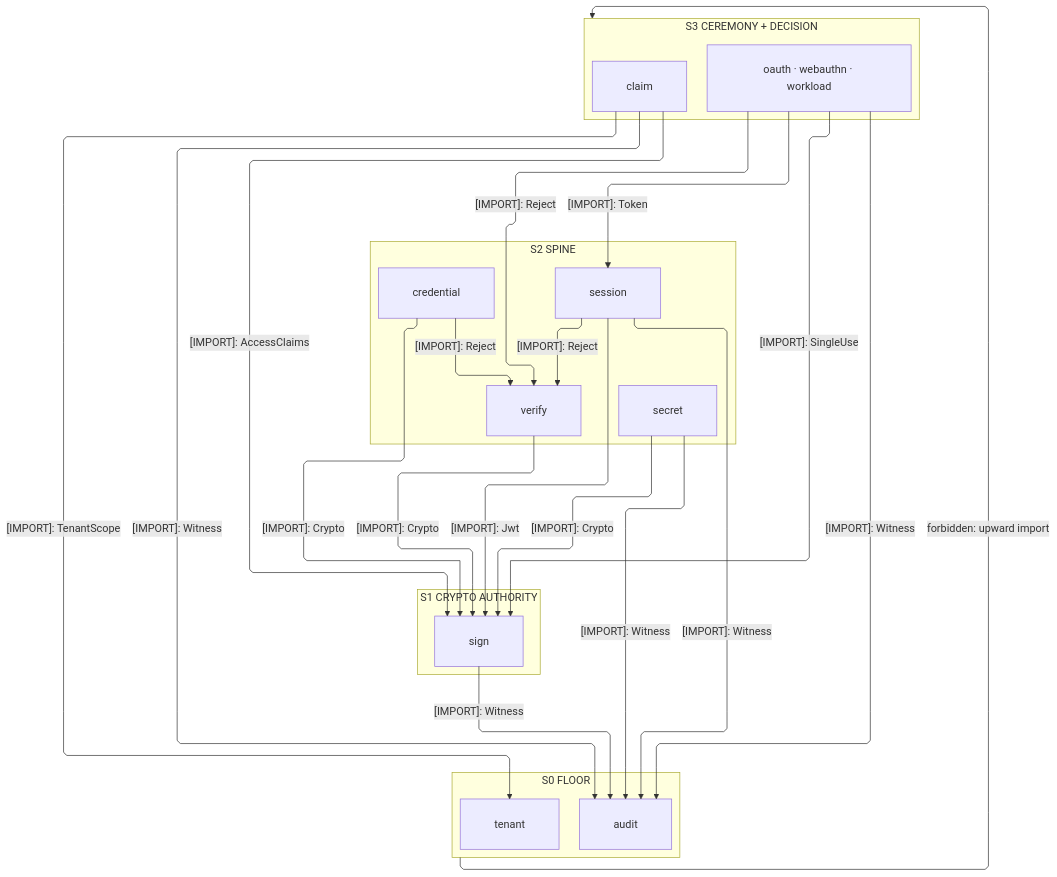
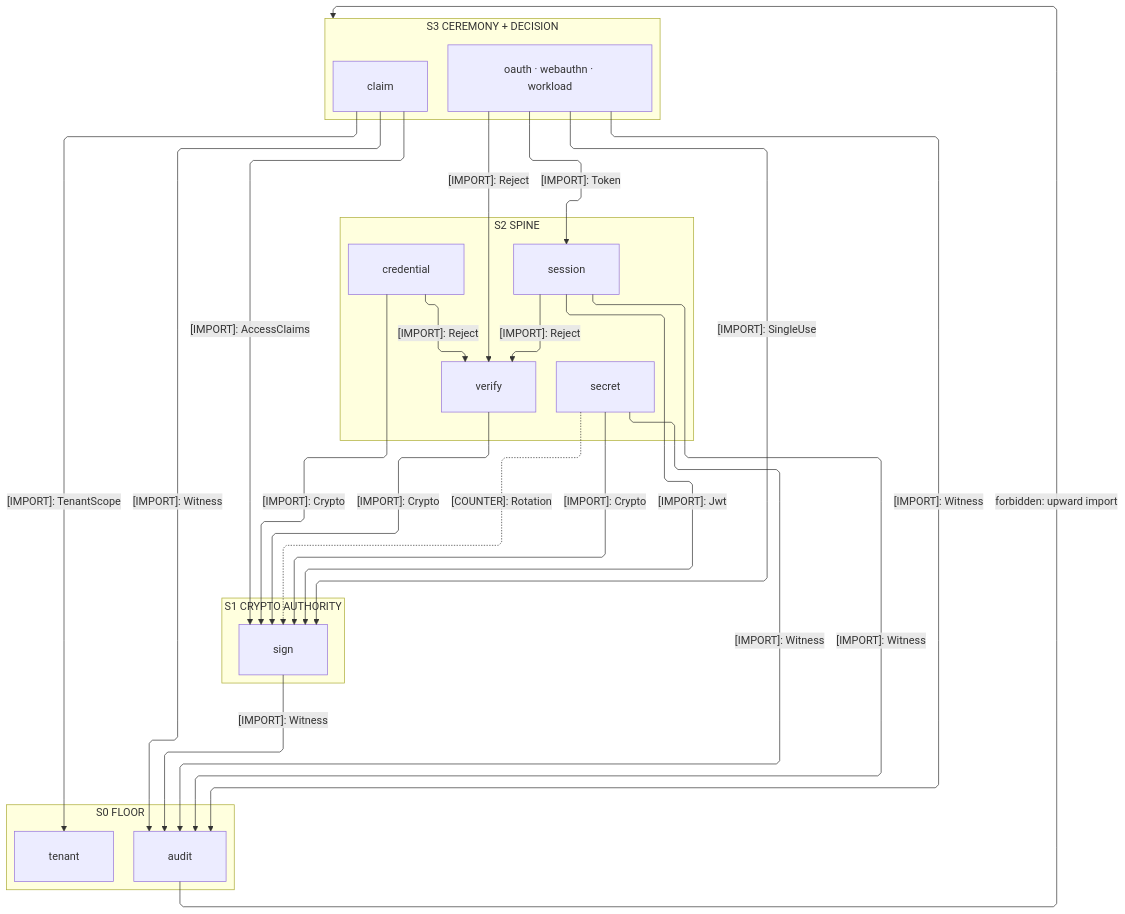
The first of 3 diagrams in libs/typescript/security/ARCHITECTURE.md (bsamiee/Rasm), drawn with Mermaid before and after one commit. The commit also changed other lines of this file and 115 other files, not shown here.

````diff
--- a/libs/typescript/security/ARCHITECTURE.md
+++ b/libs/typescript/security/ARCHITECTURE.md
@@ -33,46 +30,47 @@
 ```mermaid
 ---
 config:
   layout: elk
   flowchart:
     curve: linear
     padding: 25
 ---
 flowchart TB
     accTitle: Security interior import strata
-    accDescr: Four strata — ceremonies and the entitlement fold over the spine onto the sign authority and the audit-tenant floor; imports downward.
+    accDescr: How ceremonies and claims rank onto the sign authority and the audit floor, the Rotation counter-edge a handed feed.
     subgraph S3["S3 CEREMONY + DECISION"]
         Ceremony["oauth · webauthn · workload"]
         Claim[claim]
     end
     subgraph S2["S2 SPINE"]
         Verify[verify]
         Secret[secret]
         Session[session]
         Credential[credential]
     end
     subgraph S1["S1 CRYPTO AUTHORITY"]
         Sign[sign]
     end
     subgraph S0["S0 FLOOR"]
         Audit[audit]
         TenantRef[tenant]
     end
-    Sign e12@-->|"[IMPORT]: Witness"| Audit
-    Verify e1@-->|"[IMPORT]: Crypto"| Sign
-    Secret e7@-->|"[IMPORT]: Crypto"| Sign
-    Secret e13@-->|"[IMPORT]: Witness"| Audit
-    Session e2@-->|"[IMPORT]: Jwt"| Sign
-    Session e14@-->|"[IMPORT]: Witness"| Audit
-    Credential e8@-->|"[IMPORT]: Crypto"| Sign
-    Ceremony e3@-->|"[IMPORT]: Token"| Session
-    Ceremony e4@-->|"[IMPORT]: SingleUse"| Sign
-    Ceremony e15@-->|"[IMPORT]: Witness"| Audit
-    Claim e5@-->|"[IMPORT]: AccessClaims"| Sign
-    Claim e6@-->|"[IMPORT]: TenantScope"| TenantRef
-    Claim e16@-->|"[IMPORT]: Witness"| Audit
-    Session e9@-->|"[IMPORT]: Reject"| Verify
-    Credential e10@-->|"[IMPORT]: Reject"| Verify
-    Ceremony e11@-->|"[IMPORT]: Reject"| Verify
-    S0 f1@-->|"forbidden: upward import"| S3
+    Sign e1@-->|"[IMPORT]: Witness"| Audit
+    Verify e2@-->|"[IMPORT]: Crypto"| Sign
+    Secret e3@-->|"[IMPORT]: Crypto"| Sign
+    Secret e4@-->|"[IMPORT]: Witness"| Audit
+    Session e5@-->|"[IMPORT]: Jwt"| Sign
+    Session e6@-->|"[IMPORT]: Witness"| Audit
+    Credential e7@-->|"[IMPORT]: Crypto"| Sign
+    Ceremony e8@-->|"[IMPORT]: Token"| Session
+    Ceremony e9@-->|"[IMPORT]: SingleUse"| Sign
+    Ceremony e10@-->|"[IMPORT]: Witness"| Audit
+    Claim e11@-->|"[IMPORT]: AccessClaims"| Sign
+    Claim e12@-->|"[IMPORT]: TenantScope"| TenantRef
+    Claim e13@-->|"[IMPORT]: Witness"| Audit
+    Session e14@-->|"[IMPORT]: Reject"| Verify
+    Credential e15@-->|"[IMPORT]: Reject"| Verify
+    Ceremony e16@-->|"[IMPORT]: Reject"| Verify
+    Secret e17@-.->|"[COUNTER]: Rotation"| Sign
+    Audit f1@-->|"forbidden: upward import"| S3
 ```
````
